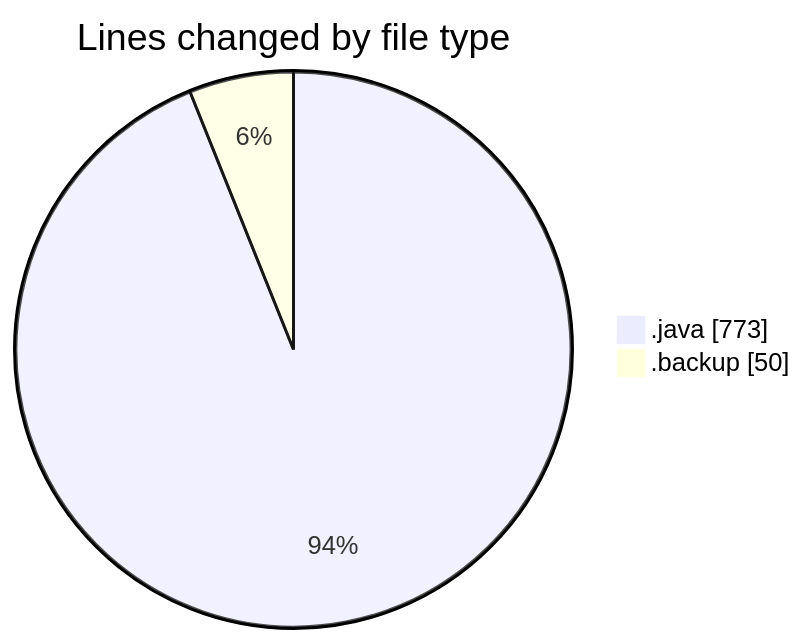
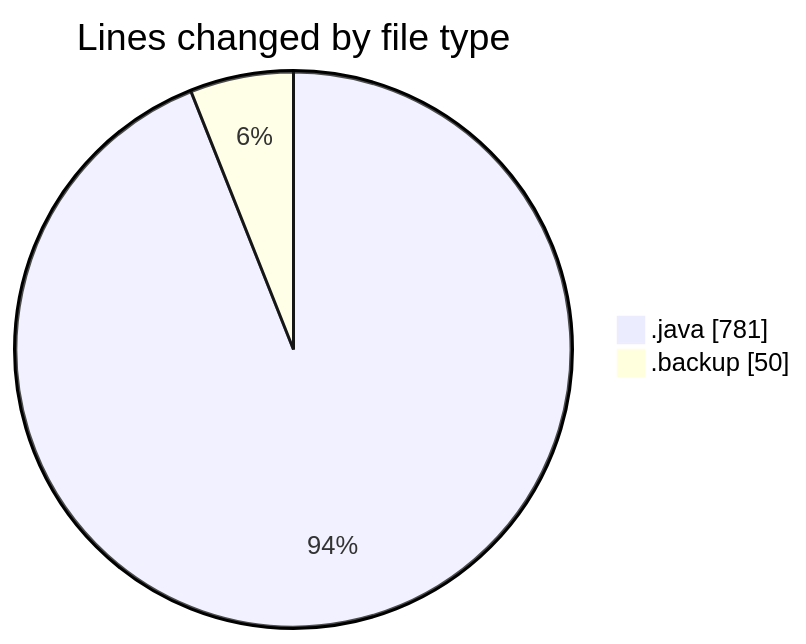
The first of 2 diagrams in 2026-02-26/cilapp/README.md (ricardozamudiocil/code-tracking), drawn with Mermaid before and after one commit. The commit also changed other lines of this file and 1 other file, not shown here.

````diff
--- a/2026-02-26/cilapp/README.md
+++ b/2026-02-26/cilapp/README.md
@@ -24,6 +24,6 @@
 ```mermaid
 pie showData
 title Lines changed by file type
-".java" : 773
+".java" : 781
 ".backup" : 50
 ```
````
